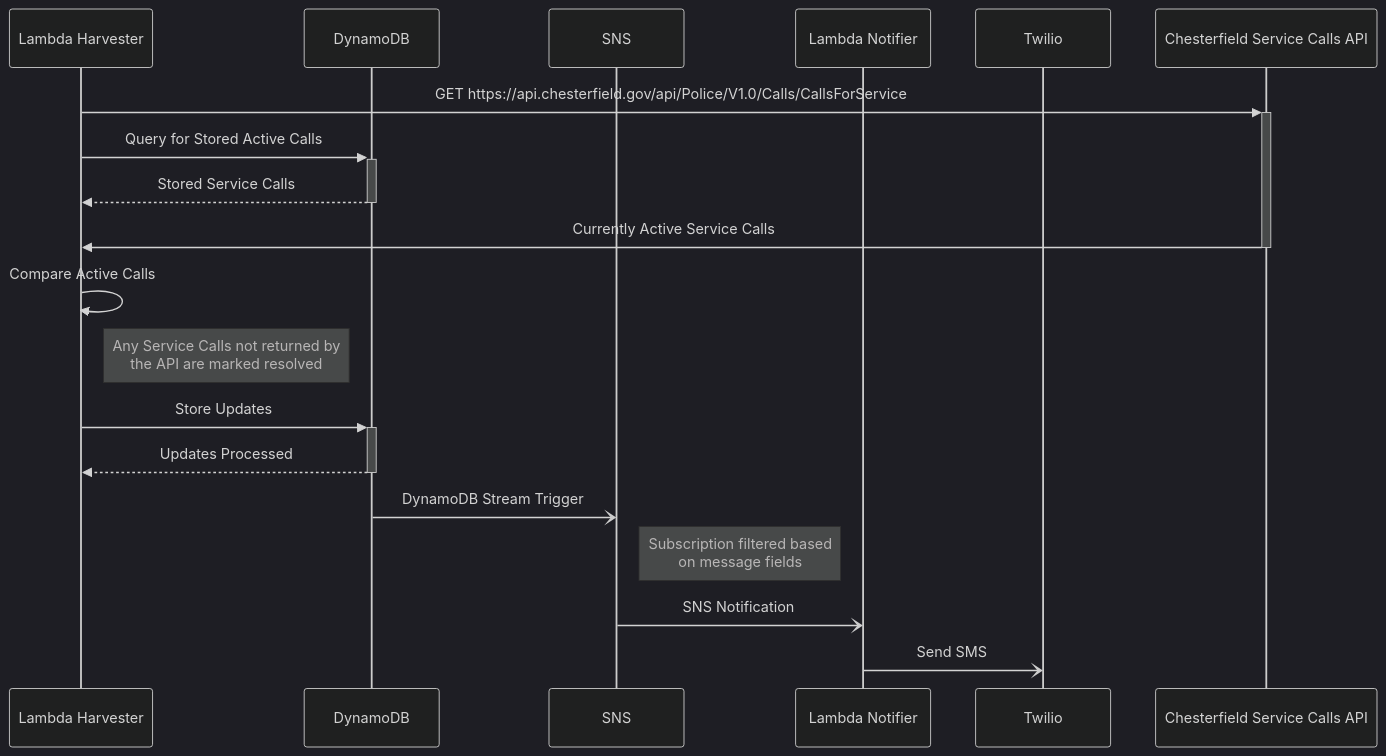
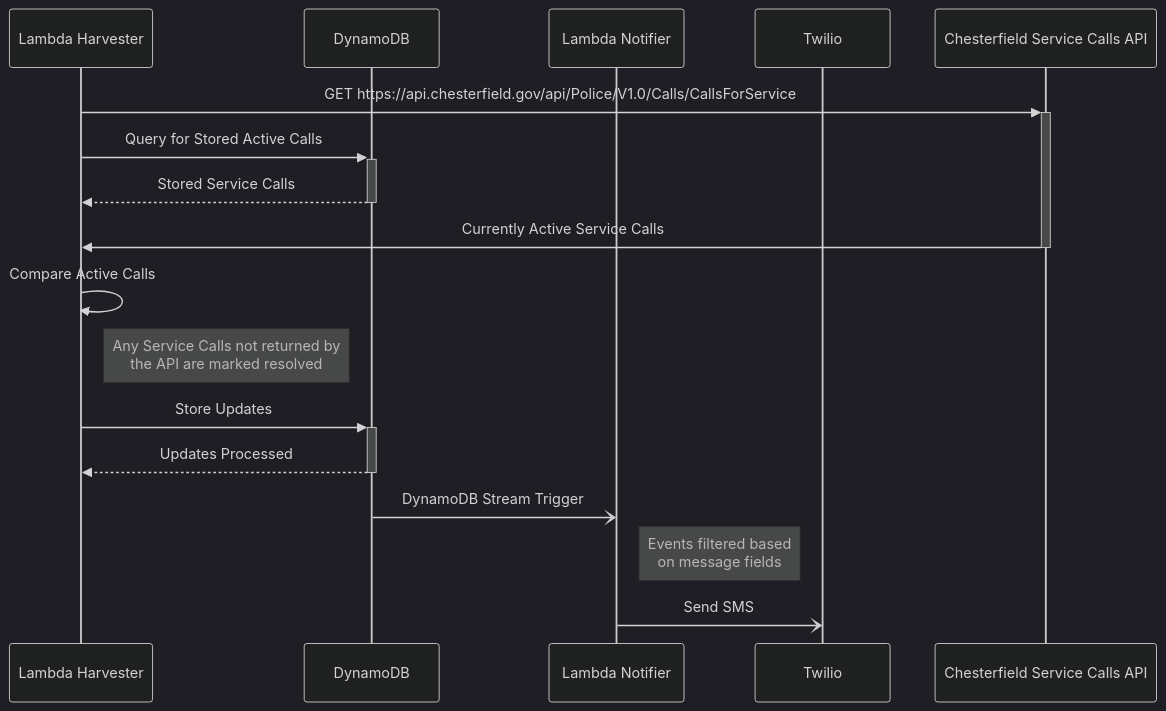
One commit to kevin-secrist/cfactivecallmonitor changed the diagram in README.md. Above: the diagram before and after it, drawn with Mermaid (dark theme). The commit also changed other lines of this file, not shown here.

````diff
--- a/README.md
+++ b/README.md
@@ -9,21 +11,19 @@
 ```mermaid
 sequenceDiagram
     participant Harvester as Lambda Harvester
     participant DB as DynamoDB
-    participant SNS
     participant Notifier as Lambda Notifier
     participant Twilio
     participant CPD as Chesterfield Service Calls API
     Harvester->>+CPD: GET https://api.chesterfield.gov/api/Police/V1.0/Calls/CallsForService
     Harvester->>+DB: Query for Stored Active Calls
     DB-->>-Harvester: Stored Service Calls
     CPD->>-Harvester: Currently Active Service Calls
     Harvester->>Harvester: Compare Active Calls
     note right of Harvester: Any Service Calls not returned by <br/> the API are marked resolved
     Harvester->>+DB: Store Updates
     DB-->>-Harvester: Updates Processed
-    DB-)SNS: DynamoDB Stream Trigger
-    note right of SNS: Subscription filtered based <br /> on message fields
-    SNS-)Notifier: SNS Notification
+    DB-)Notifier: DynamoDB Stream Trigger
+    note right of Notifier: Events filtered based <br /> on message fields
     Notifier-)Twilio: Send SMS
 ```
````
